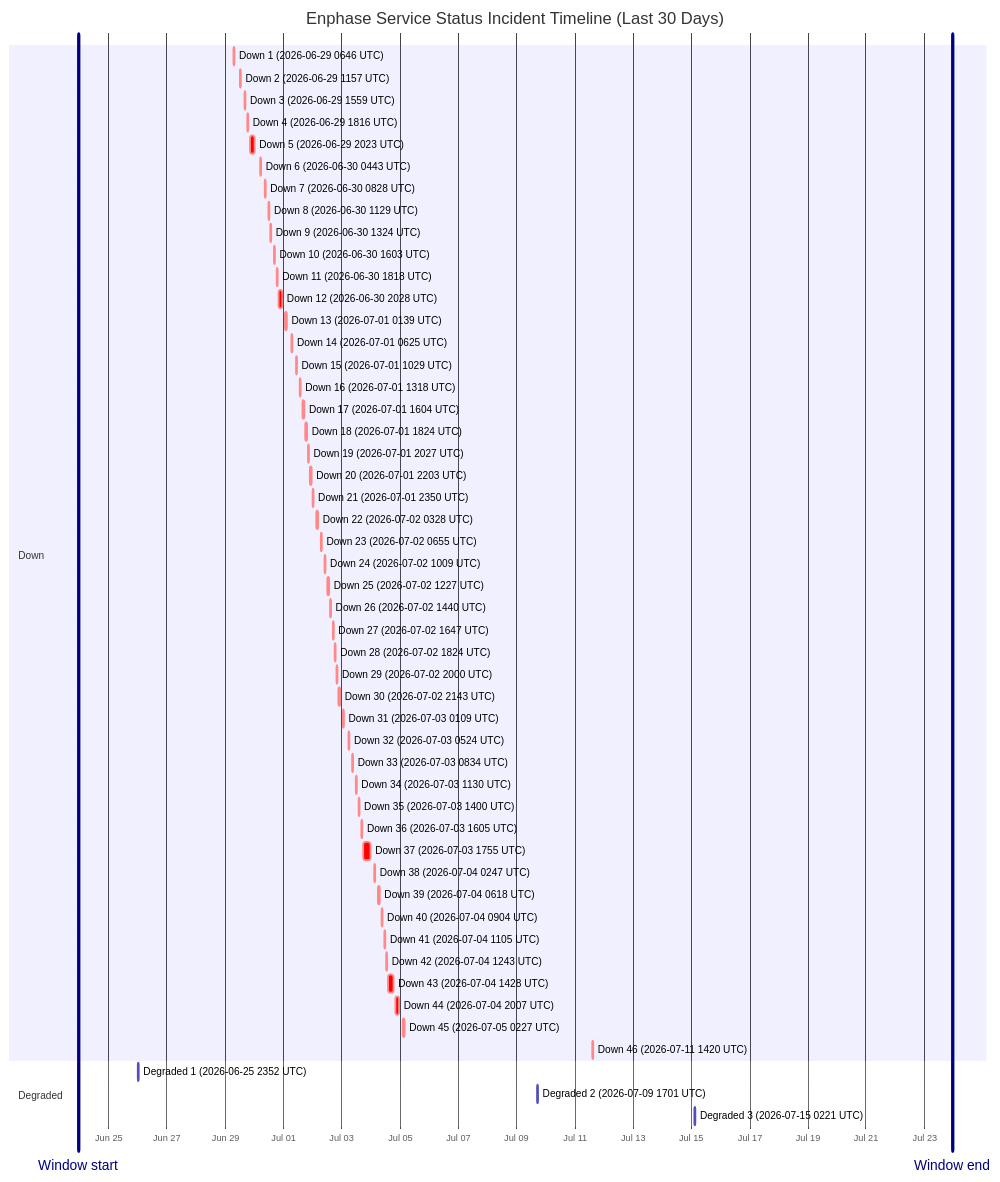
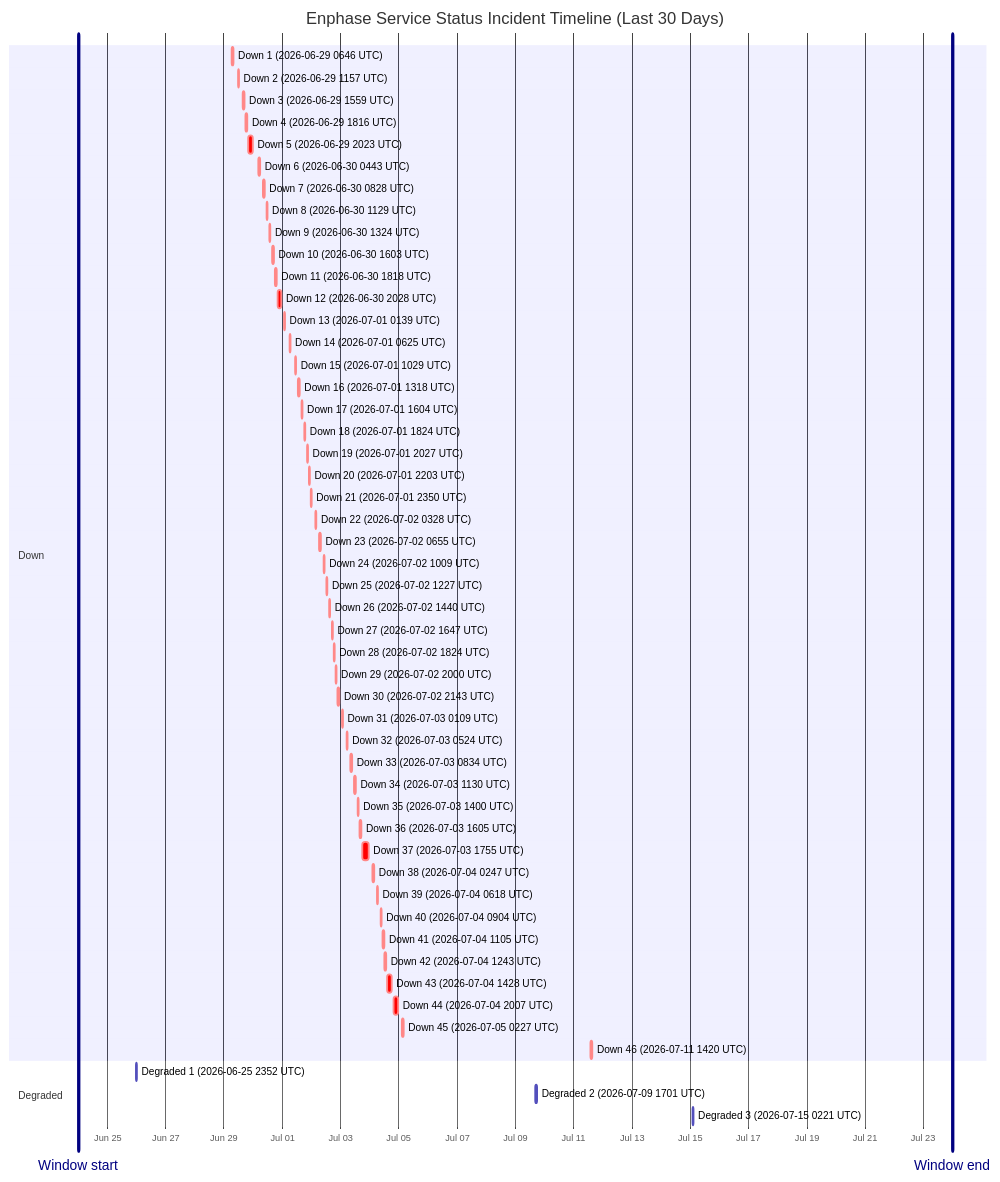
One commit to barneyonline/ha-enphase-energy changed the diagram in wiki/Service-Status-History.md. Above: the diagram before and after it, drawn with Mermaid. The commit also changed other lines of this file and 3 other files, not shown here.

````diff
--- a/wiki/Service-Status-History.md
+++ b/wiki/Service-Status-History.md
@@ -14,59 +14,59 @@
 ```mermaid
 gantt
     title Enphase Service Status Incident Timeline (Last 30 Days)
     dateFormat  YYYY-MM-DDTHH:mm:ss
     axisFormat  %b %d
-    Window start :vert, window-start, 2026-06-23T22:54:41, 0ms
-    Window end :vert, window-end, 2026-07-23T22:54:41, 0ms
+    Window start :vert, window-start, 2026-06-23T23:59:04, 0ms
+    Window end :vert, window-end, 2026-07-23T23:59:04, 0ms
     section Down
     Down 1 (2026-06-29 0646 UTC) :crit, down-1, 2026-06-29T06:46:18, 60m
     Down 2 (2026-06-29 1157 UTC) :crit, down-2, 2026-06-29T11:57:36, 60m
     Down 3 (2026-06-29 1559 UTC) :crit, down-3, 2026-06-29T15:59:02, 60m
     Down 4 (2026-06-29 1816 UTC) :crit, down-4, 2026-06-29T18:16:38, 60m
     Down 5 (2026-06-29 2023 UTC) :crit, down-5, 2026-06-29T20:23:16, 220m
     Down 6 (2026-06-30 0443 UTC) :crit, down-6, 2026-06-30T04:43:54, 60m
     Down 7 (2026-06-30 0828 UTC) :crit, down-7, 2026-06-30T08:28:43, 60m
     Down 8 (2026-06-30 1129 UTC) :crit, down-8, 2026-06-30T11:29:15, 60m
     Down 9 (2026-06-30 1324 UTC) :crit, down-9, 2026-06-30T13:24:25, 60m
     Down 10 (2026-06-30 1603 UTC) :crit, down-10, 2026-06-30T16:03:26, 60m
     Down 11 (2026-06-30 1818 UTC) :crit, down-11, 2026-06-30T18:18:39, 60m
     Down 12 (2026-06-30 2028 UTC) :crit, down-12, 2026-06-30T20:28:54, 171m
     Down 13 (2026-07-01 0139 UTC) :crit, down-13, 2026-07-01T01:39:18, 60m
     Down 14 (2026-07-01 0625 UTC) :crit, down-14, 2026-07-01T06:25:35, 60m
     Down 15 (2026-07-01 1029 UTC) :crit, down-15, 2026-07-01T10:29:24, 60m
     Down 16 (2026-07-01 1318 UTC) :crit, down-16, 2026-07-01T13:18:31, 60m
     Down 17 (2026-07-01 1604 UTC) :crit, down-17, 2026-07-01T16:04:29, 60m
     Down 18 (2026-07-01 1824 UTC) :crit, down-18, 2026-07-01T18:24:21, 60m
     Down 19 (2026-07-01 2027 UTC) :crit, down-19, 2026-07-01T20:27:17, 60m
     Down 20 (2026-07-01 2203 UTC) :crit, down-20, 2026-07-01T22:03:46, 60m
     Down 21 (2026-07-01 2350 UTC) :crit, down-21, 2026-07-01T23:50:52, 60m
     Down 22 (2026-07-02 0328 UTC) :crit, down-22, 2026-07-02T03:28:33, 60m
     Down 23 (2026-07-02 0655 UTC) :crit, down-23, 2026-07-02T06:55:07, 60m
     Down 24 (2026-07-02 1009 UTC) :crit, down-24, 2026-07-02T10:09:15, 60m
     Down 25 (2026-07-02 1227 UTC) :crit, down-25, 2026-07-02T12:27:49, 60m
     Down 26 (2026-07-02 1440 UTC) :crit, down-26, 2026-07-02T14:40:53, 60m
     Down 27 (2026-07-02 1647 UTC) :crit, down-27, 2026-07-02T16:47:47, 60m
     Down 28 (2026-07-02 1824 UTC) :crit, down-28, 2026-07-02T18:24:26, 60m
     Down 29 (2026-07-02 2000 UTC) :crit, down-29, 2026-07-02T20:00:57, 60m
     Down 30 (2026-07-02 2143 UTC) :crit, down-30, 2026-07-02T21:43:52, 80m
     Down 31 (2026-07-03 0109 UTC) :crit, down-31, 2026-07-03T01:09:19, 60m
     Down 32 (2026-07-03 0524 UTC) :crit, down-32, 2026-07-03T05:24:23, 60m
     Down 33 (2026-07-03 0834 UTC) :crit, down-33, 2026-07-03T08:34:05, 60m
     Down 34 (2026-07-03 1130 UTC) :crit, down-34, 2026-07-03T11:30:41, 60m
     Down 35 (2026-07-03 1400 UTC) :crit, down-35, 2026-07-03T14:00:48, 60m
     Down 36 (2026-07-03 1605 UTC) :crit, down-36, 2026-07-03T16:05:49, 60m
     Down 37 (2026-07-03 1755 UTC) :crit, down-37, 2026-07-03T17:55:54, 338m
     Down 38 (2026-07-04 0247 UTC) :crit, down-38, 2026-07-04T02:47:22, 60m
     Down 39 (2026-07-04 0618 UTC) :crit, down-39, 2026-07-04T06:18:09, 60m
     Down 40 (2026-07-04 0904 UTC) :crit, down-40, 2026-07-04T09:04:41, 60m
     Down 41 (2026-07-04 1105 UTC) :crit, down-41, 2026-07-04T11:05:21, 60m
     Down 42 (2026-07-04 1243 UTC) :crit, down-42, 2026-07-04T12:43:25, 60m
     Down 43 (2026-07-04 1428 UTC) :crit, down-43, 2026-07-04T14:28:07, 243m
     Down 44 (2026-07-04 2007 UTC) :crit, down-44, 2026-07-04T20:07:50, 206m
     Down 45 (2026-07-05 0227 UTC) :crit, down-45, 2026-07-05T02:27:32, 109m
     Down 46 (2026-07-11 1420 UTC) :crit, down-46, 2026-07-11T14:20:54, 69m
     section Degraded
     Degraded 1 (2026-06-25 2352 UTC) :active, degraded-1, 2026-06-25T23:52:01, 60m
     Degraded 2 (2026-07-09 1701 UTC) :active, degraded-2, 2026-07-09T17:01:02, 60m
     Degraded 3 (2026-07-15 0221 UTC) :active, degraded-3, 2026-07-15T02:21:35, 60m
 ```
````
